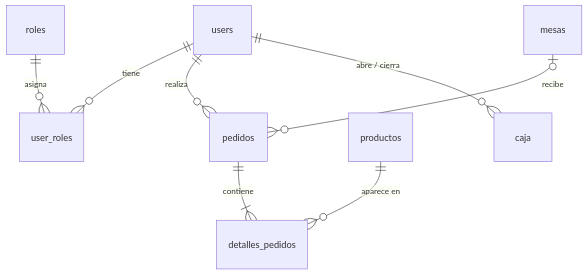
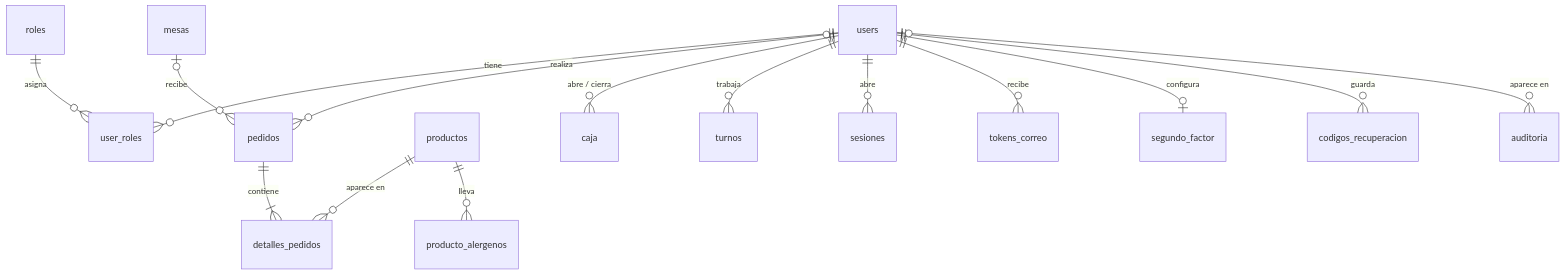
One commit to juanparejog/BarHub2.0 changed the diagram in docs/base-de-datos.md. Above: the diagram before and after it, drawn with Mermaid. The commit also changed other lines of this file and 15 other files, not shown here.

````diff
--- a/docs/base-de-datos.md
+++ b/docs/base-de-datos.md
@@ -21,10 +24,17 @@
 ```mermaid
 erDiagram
     users ||--o{ user_roles : tiene
     roles ||--o{ user_roles : asigna
-    users ||--o{ pedidos : realiza
-    mesas |o--o{ pedidos : "recibe"
+    users |o--o{ pedidos : realiza
+    mesas |o--o{ pedidos : recibe
     pedidos ||--|{ detalles_pedidos : contiene
     productos ||--o{ detalles_pedidos : "aparece en"
+    productos ||--o{ producto_alergenos : lleva
     users ||--o{ caja : "abre / cierra"
+    users ||--o{ turnos : trabaja
+    users ||--o{ sesiones : abre
+    users ||--o{ tokens_correo : recibe
+    users ||--o| segundo_factor : configura
+    users ||--o{ codigos_recuperacion : guarda
+    users |o--o{ auditoria : "aparece en"
 ```
````
